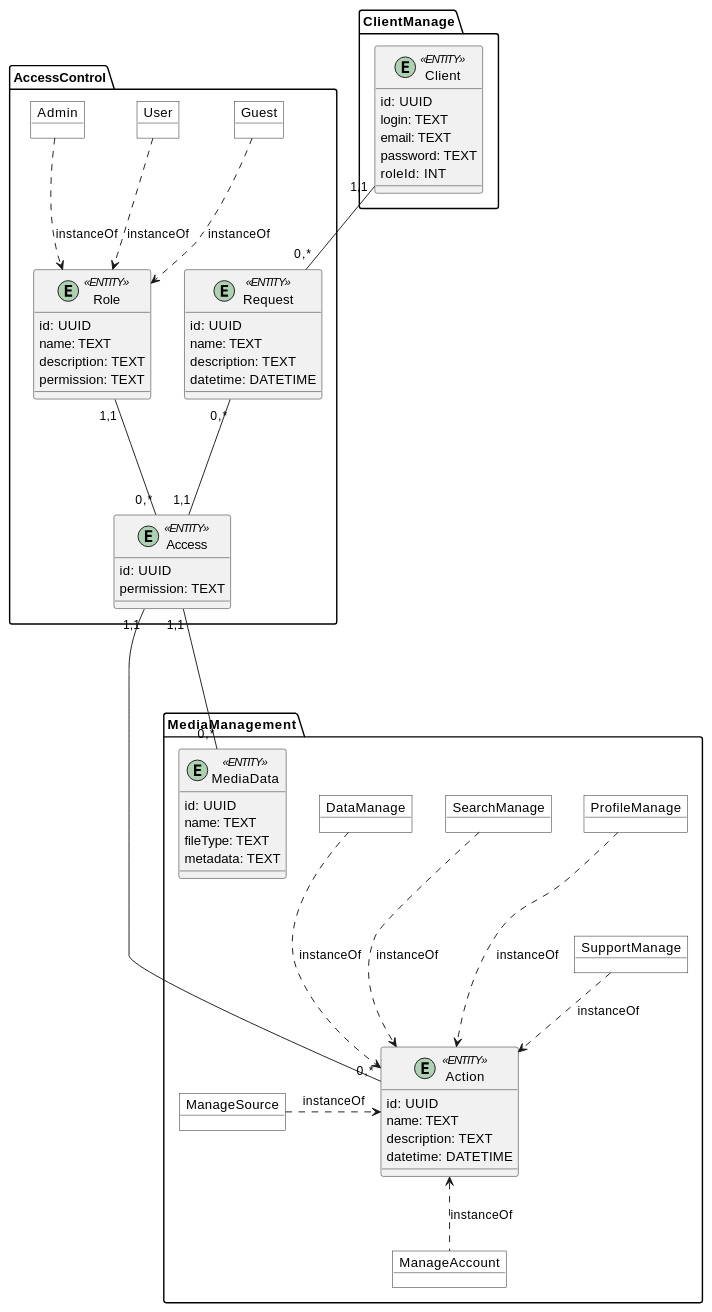
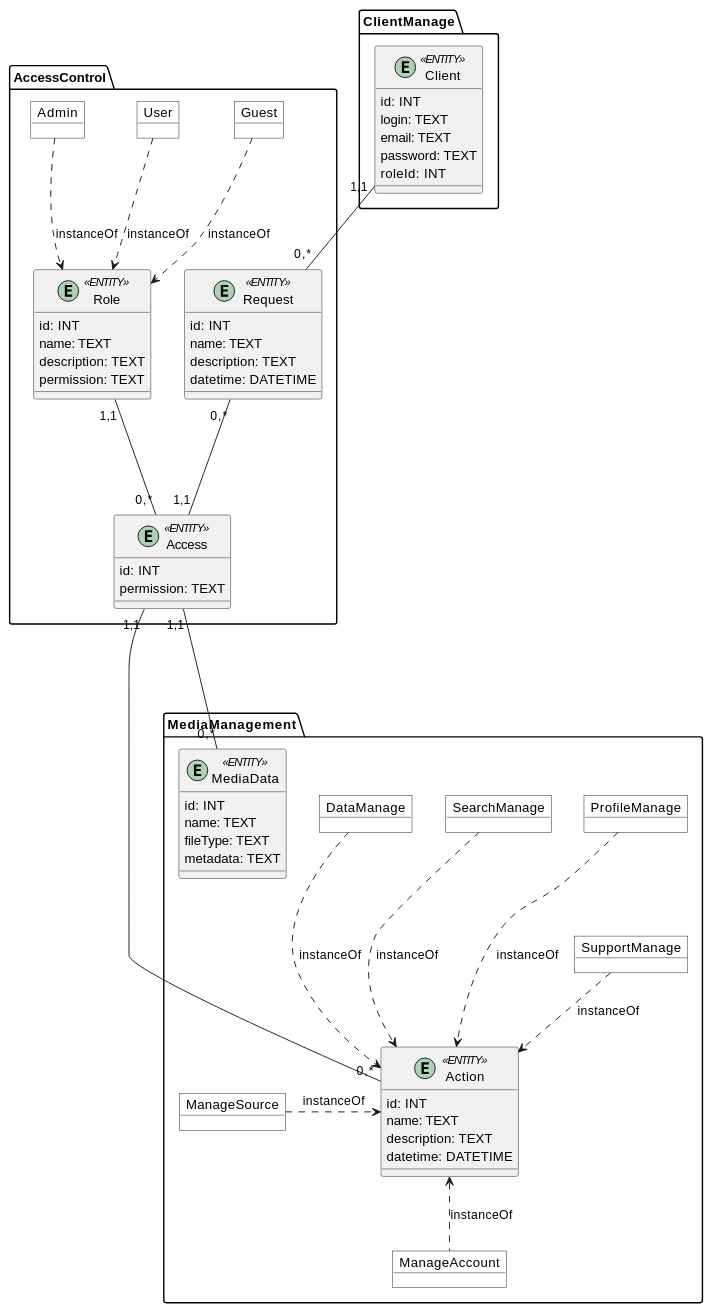
One commit to nonGratis/retarder-io-23-3 changed the second of 2 diagrams in docs/design/README.md. Above: the diagram before and after it, drawn with PlantUML.

Commit message:
change UUID to INT in Design

````diff
--- a/docs/design/README.md
+++ b/docs/design/README.md
@@ -91,81 +91,81 @@
 ```plantuml
 @startuml
   package ClientManage {
       entity Client <<ENTITY>> {
-        id: UUID
+        id: INT
         login: TEXT
         email: TEXT
         password: TEXT
         roleId: INT
       }
   }
 
   package AccessControl {
       entity Role <<ENTITY>> {
-        id: UUID
+        id: INT
         name: TEXT
         description: TEXT
         permission: TEXT
       }
 
       object Guest #white
       object User #white
       object Admin #white
 
       Guest ..> Role : instanceOf
       User ..> Role : instanceOf
       Admin ..> Role : instanceOf
 
       entity Request <<ENTITY>> {
-        id: UUID
+        id: INT
         name: TEXT
         description: TEXT
         datetime: DATETIME
       }
 
       entity Access <<ENTITY>> {
-        id: UUID
+        id: INT
         permission: TEXT
       }
   }
 
   package MediaManagement {
       entity Action <<ENTITY>> {
-        id: UUID
+        id: INT
         name: TEXT
         description: TEXT
         datetime: DATETIME
       }
       
       object SupportManage #white
       object ProfileManage #white
       object SearchManage #white
       object DataManage #white
       object ManageAccount #white
       object ManageSource #white
 
       SupportManage ..> Action : instanceOf
       ProfileManage ...> Action : instanceOf
       SearchManage ...> Action : instanceOf
       DataManage ...> Action : instanceOf
       ManageAccount .u.> Action : instanceOf
       ManageSource .> Action : instanceOf
 
 
       entity MediaData <<ENTITY>> {
-        id: UUID
+        id: INT
         name: TEXT
         fileType: TEXT
         metadata: TEXT
       }
   }
 
 
   Client "1,1"--"0,*" Request
   Role "1,1"---"0,*" Access
   Request "0,*"---"1,1" Access
   Access "1,1"---"0,*" Action
   Access "1,1"---"0,*" MediaData
 
 @enduml
 ```
````
